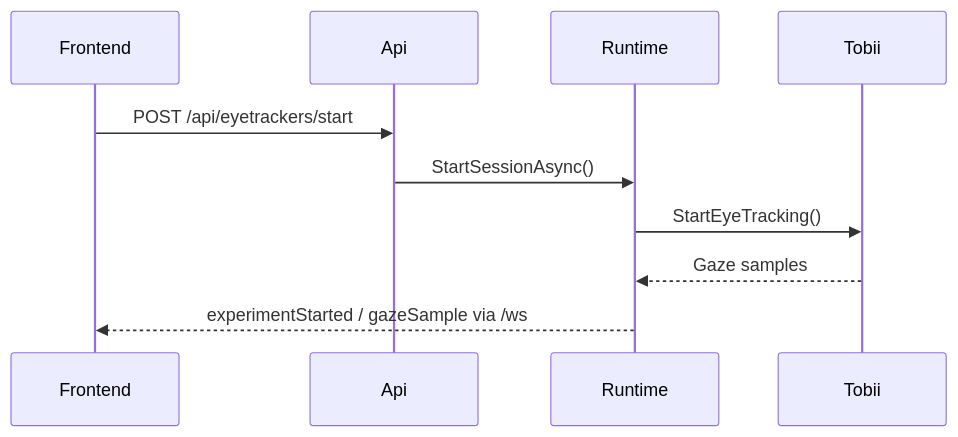
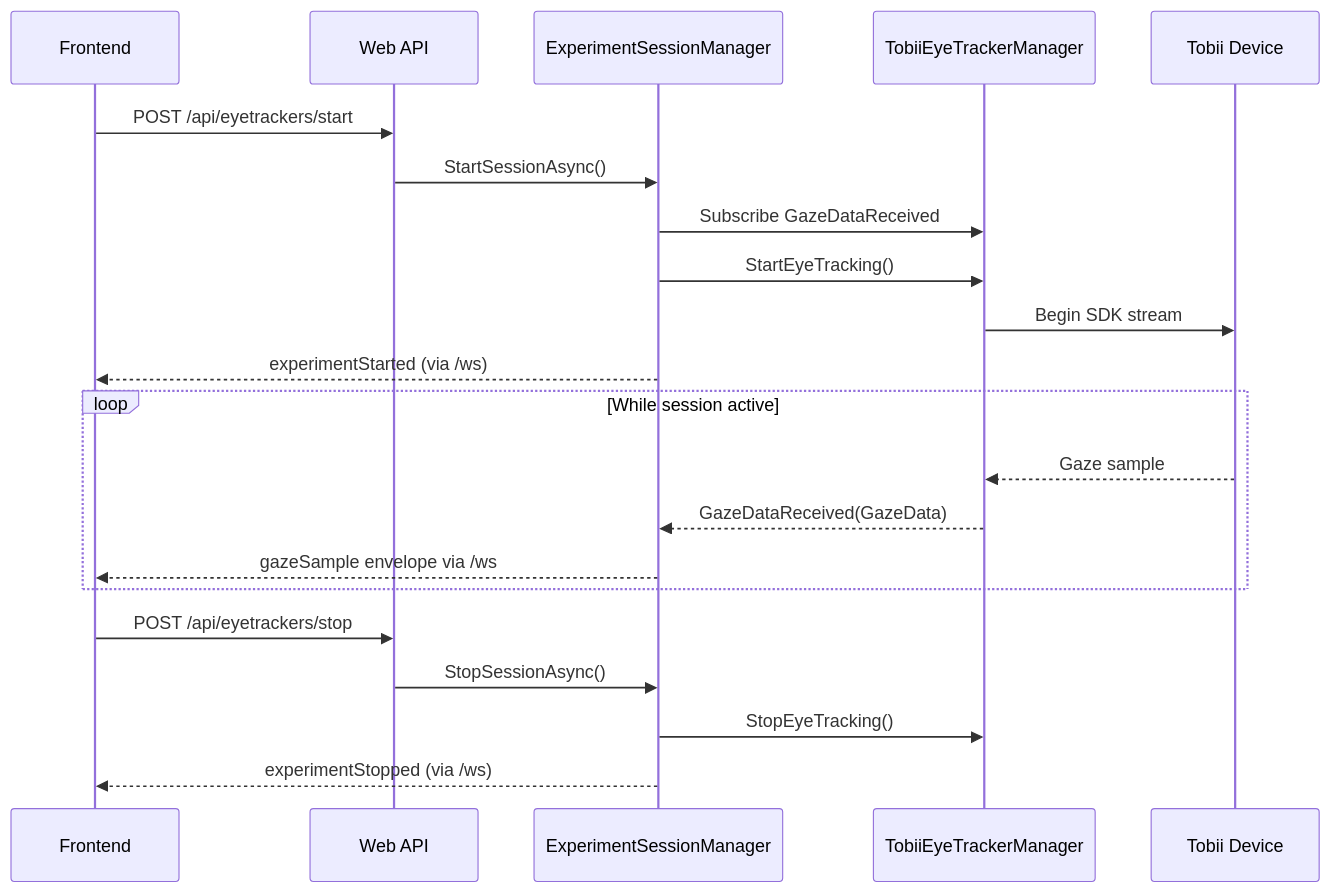
The second of 2 diagrams in DocsSite/app/backend/architecture/page.mdx (MrSachin7/reading-the-reader-monorepo), drawn with Mermaid before and after one commit. The commit also changed other lines of this file and 10 other files, not shown here.

````diff
--- a/DocsSite/app/backend/architecture/page.mdx
+++ b/DocsSite/app/backend/architecture/page.mdx
@@ -49,13 +47,26 @@
 ```mermaid
 sequenceDiagram
-    participant Frontend
-    participant Api
-    participant Runtime
-    participant Tobii
+    participant F as Frontend
+    participant A as Web API
+    participant S as ExperimentSessionManager
+    participant T as TobiiEyeTrackerManager
+    participant D as Tobii Device
 
-    Frontend->>Api: POST /api/eyetrackers/start
-    Api->>Runtime: StartSessionAsync()
-    Runtime->>Tobii: StartEyeTracking()
-    Tobii-->>Runtime: Gaze samples
-    Runtime-->>Frontend: experimentStarted / gazeSample via /ws
+    F->>A: POST /api/eyetrackers/start
+    A->>S: StartSessionAsync()
+    S->>T: Subscribe GazeDataReceived
+    S->>T: StartEyeTracking()
+    T->>D: Begin SDK stream
+    S-->>F: experimentStarted (via /ws)
+
+    loop While session active
+        D-->>T: Gaze sample
+        T-->>S: GazeDataReceived(GazeData)
+        S-->>F: gazeSample envelope via /ws
+    end
+
+    F->>A: POST /api/eyetrackers/stop
+    A->>S: StopSessionAsync()
+    S->>T: StopEyeTracking()
+    S-->>F: experimentStopped (via /ws)
 ```
````
